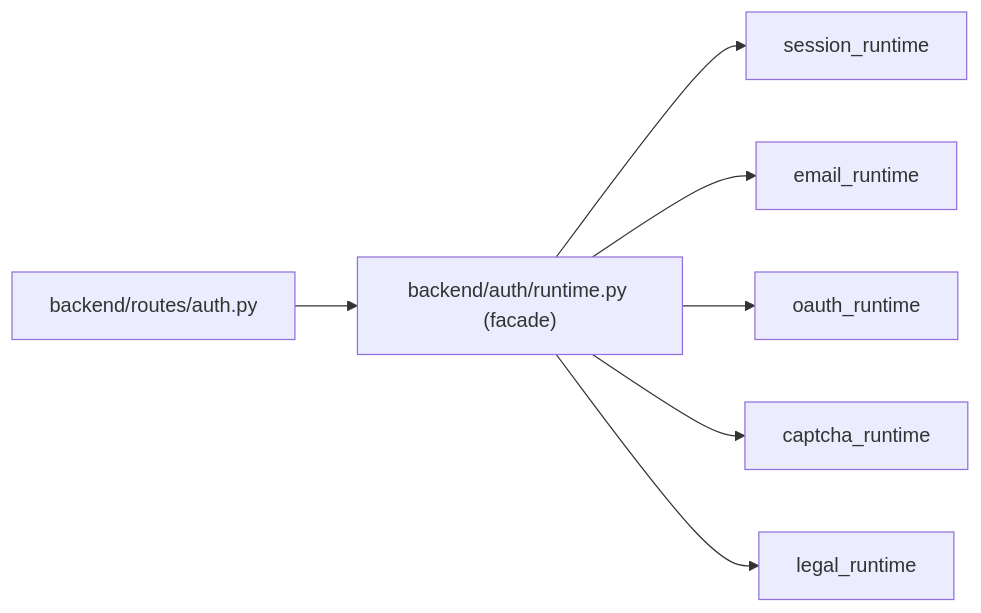
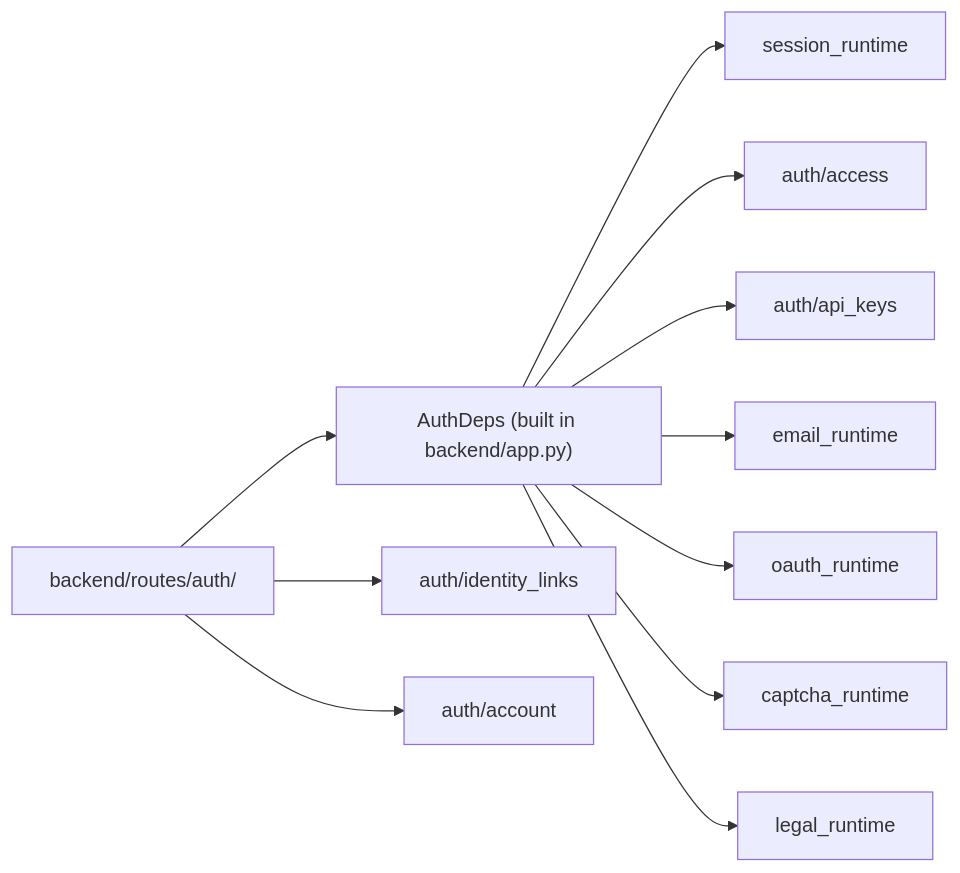
The second of 2 diagrams in backend/ARCHITECTURE.md (PlatosTwin/pandects-app), drawn with Mermaid before and after one commit. The commit also changed other lines of this file and 304 other files, not shown here.

First line of the commit message:
UI/UX and backend revamp: Search, reader, Index, Taxonomy, design system, API contract (#180)

````diff
--- a/backend/ARCHITECTURE.md
+++ b/backend/ARCHITECTURE.md
@@ -31,9 +41,13 @@
 ```mermaid
 flowchart LR
-    R["backend/routes/auth.py"] --> F["backend/auth/runtime.py (facade)"]
-    F --> S["session_runtime"]
-    F --> E["email_runtime"]
-    F --> O["oauth_runtime"]
-    F --> C["captcha_runtime"]
-    F --> L["legal_runtime"]
+    R["backend/routes/auth/"] --> D["AuthDeps (built in backend/app.py)"]
+    R --> I["auth/identity_links"]
+    R --> A["auth/account"]
+    D --> S["session_runtime"]
+    D --> X["auth/access"]
+    D --> K["auth/api_keys"]
+    D --> E["email_runtime"]
+    D --> O["oauth_runtime"]
+    D --> C["captcha_runtime"]
+    D --> L["legal_runtime"]
 ```
````
